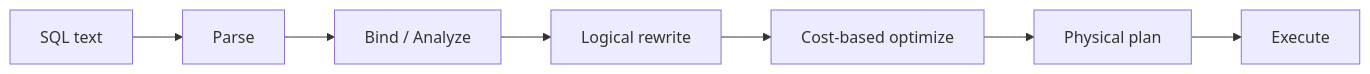
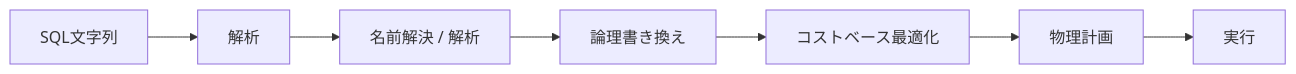
The first of 5 diagrams in src/content/docs/03-query-processing/06-sql-logical-plans.md (hirunebot/database-systems-book), drawn with Mermaid before and after one commit. The commit also changed other lines of this file and 42 other files, not shown here.

````diff
--- a/src/content/docs/03-query-processing/06-sql-logical-plans.md
+++ b/src/content/docs/03-query-processing/06-sql-logical-plans.md
@@ -23,9 +23,9 @@
 ```mermaid
 flowchart LR
-    SQL["SQL text"] --> Parse["Parse"]
-    Parse --> Bind["Bind / Analyze"]
-    Bind --> Rewrite["Logical rewrite"]
-    Rewrite --> Opt["Cost-based optimize"]
-    Opt --> Physical["Physical plan"]
-    Physical --> Exec["Execute"]
+    SQL["SQL文字列"] --> Parse["解析"]
+    Parse --> Bind["名前解決 / 解析"]
+    Bind --> Rewrite["論理書き換え"]
+    Rewrite --> Opt["コストベース最適化"]
+    Opt --> Physical["物理計画"]
+    Physical --> Exec["実行"]
 ```
````
